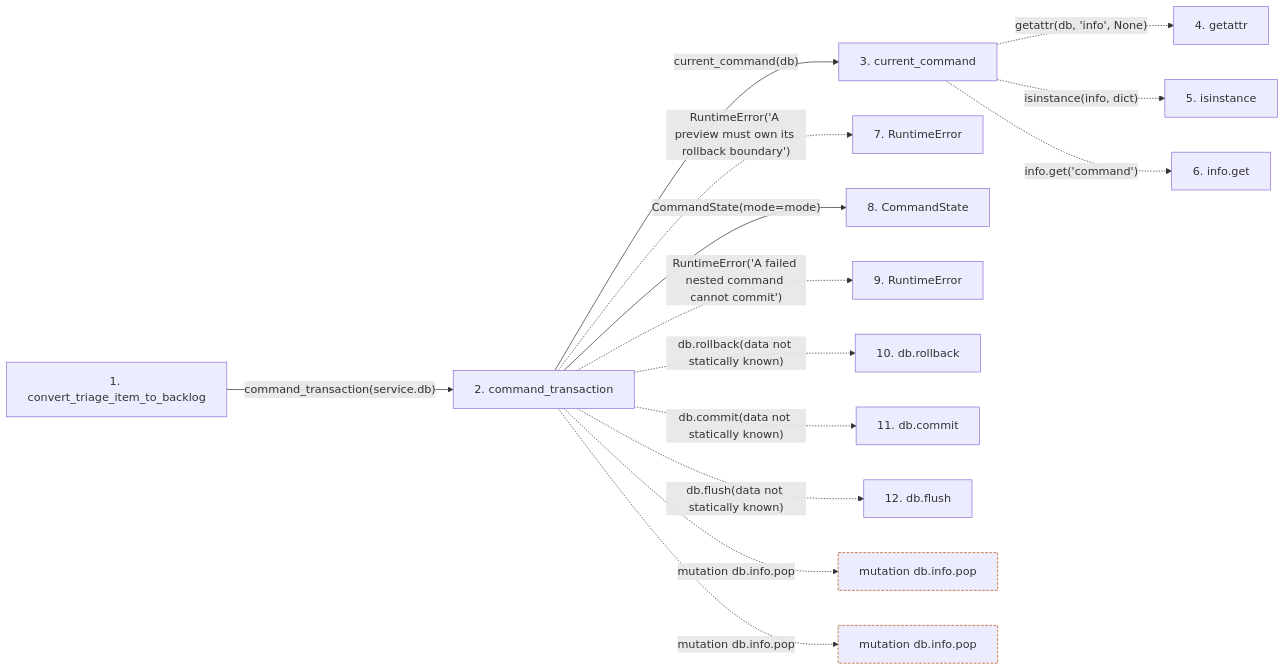
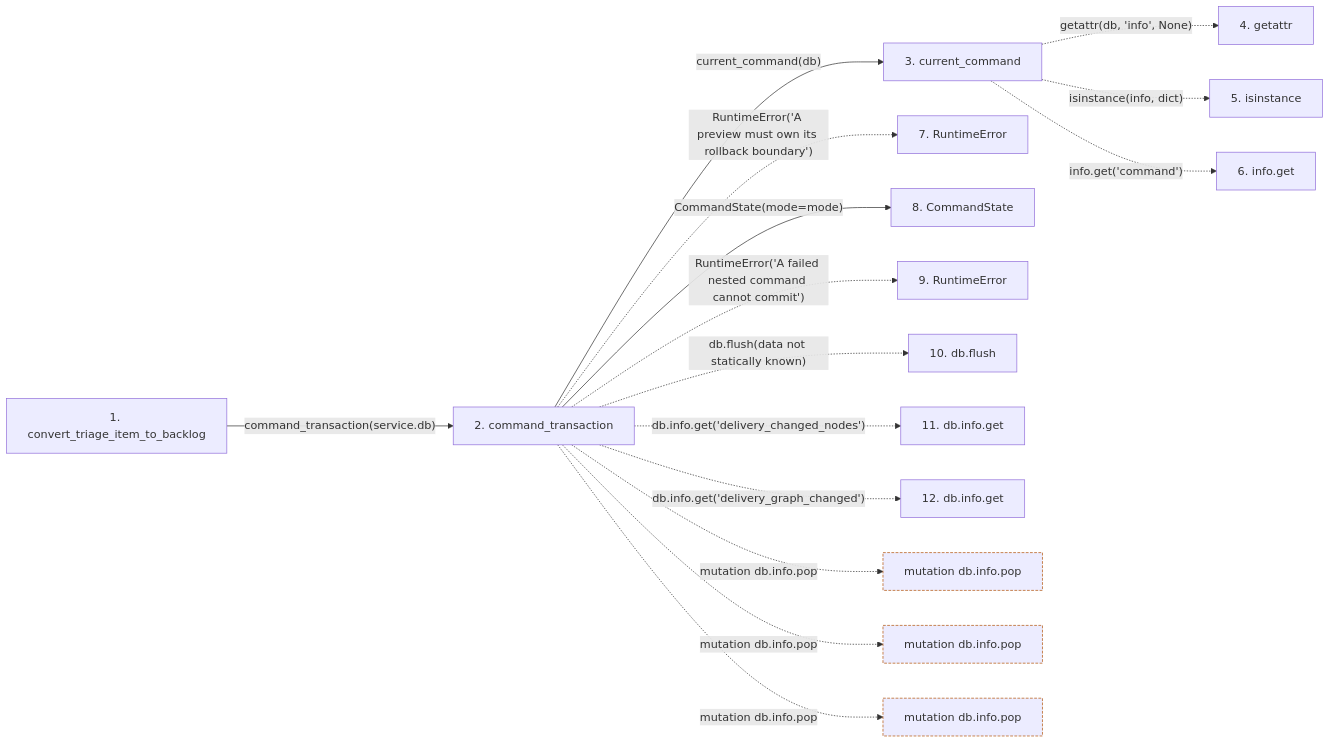
The second of 2 diagrams in docs/llm_wiki/flows/http-convert_triage_item_to_backlog.md (Denissvgn/WorkChord), drawn with Mermaid before and after one commit. The commit also changed other lines of this file and 1888 other files, not shown here.

````diff
--- a/docs/llm_wiki/flows/http-convert_triage_item_to_backlog.md
+++ b/docs/llm_wiki/flows/http-convert_triage_item_to_backlog.md
@@ -65,37 +81,40 @@
 ```mermaid
 flowchart LR
     s1["1. convert_triage_item_to_backlog"]
     s2["2. command_transaction"]
     s3["3. current_command"]
     s4["4. getattr"]
     s5["5. isinstance"]
     s6["6. info.get"]
     s7["7. RuntimeError"]
     s8["8. CommandState"]
     s9["9. RuntimeError"]
-    s10["10. db.rollback"]
-    s11["11. db.commit"]
-    s12["12. db.flush"]
+    s10["10. db.flush"]
+    s11["11. db.info.get"]
+    s12["12. db.info.get"]
     s1 -->|"command_transaction(service.db)"| s2
     s2 -->|"current_command(db)"| s3
     s3 -. "getattr(db, 'info', None)" .-> s4
     s3 -. "isinstance(info, dict)" .-> s5
     s3 -. "info.get('command')" .-> s6
     s2 -. "RuntimeError('A preview must own its rollback boundary')" .-> s7
     s2 -->|"CommandState(mode=mode)"| s8
     s2 -. "RuntimeError('A failed nested command cannot commit')" .-> s9
-    s2 -. "db.rollback(data not statically known)" .-> s10
-    s2 -. "db.commit(data not statically known)" .-> s11
-    s2 -. "db.flush(data not statically known)" .-> s12
+    s2 -. "db.flush(data not statically known)" .-> s10
+    s2 -. "db.info.get('delivery_changed_nodes')" .-> s11
+    s2 -. "db.info.get('delivery_graph_changed')" .-> s12
     b0["mutation db.info.pop"]
     s2 -. "mutation db.info.pop" .-> b0
     b1["mutation db.info.pop"]
     s2 -. "mutation db.info.pop" .-> b1
+    b2["mutation db.info.pop"]
+    s2 -. "mutation db.info.pop" .-> b2
     click s1 "../modules/routers_triage.md"
     click s2 "../modules/commands.md"
     click s3 "../modules/commands.md"
     click s8 "../modules/commands.md"
     classDef boundary stroke:#b45309,stroke-dasharray: 4 2
     class b0 boundary
     class b1 boundary
+    class b2 boundary
 ```
````
